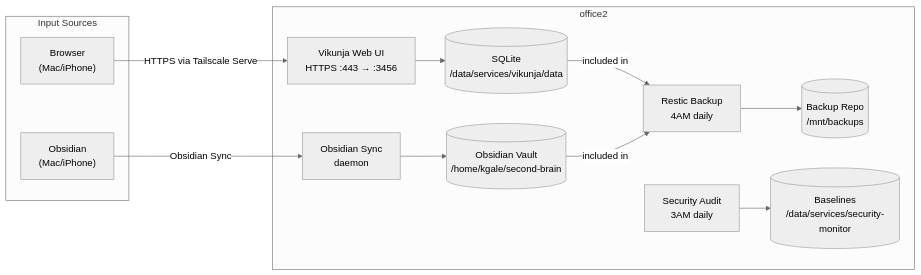
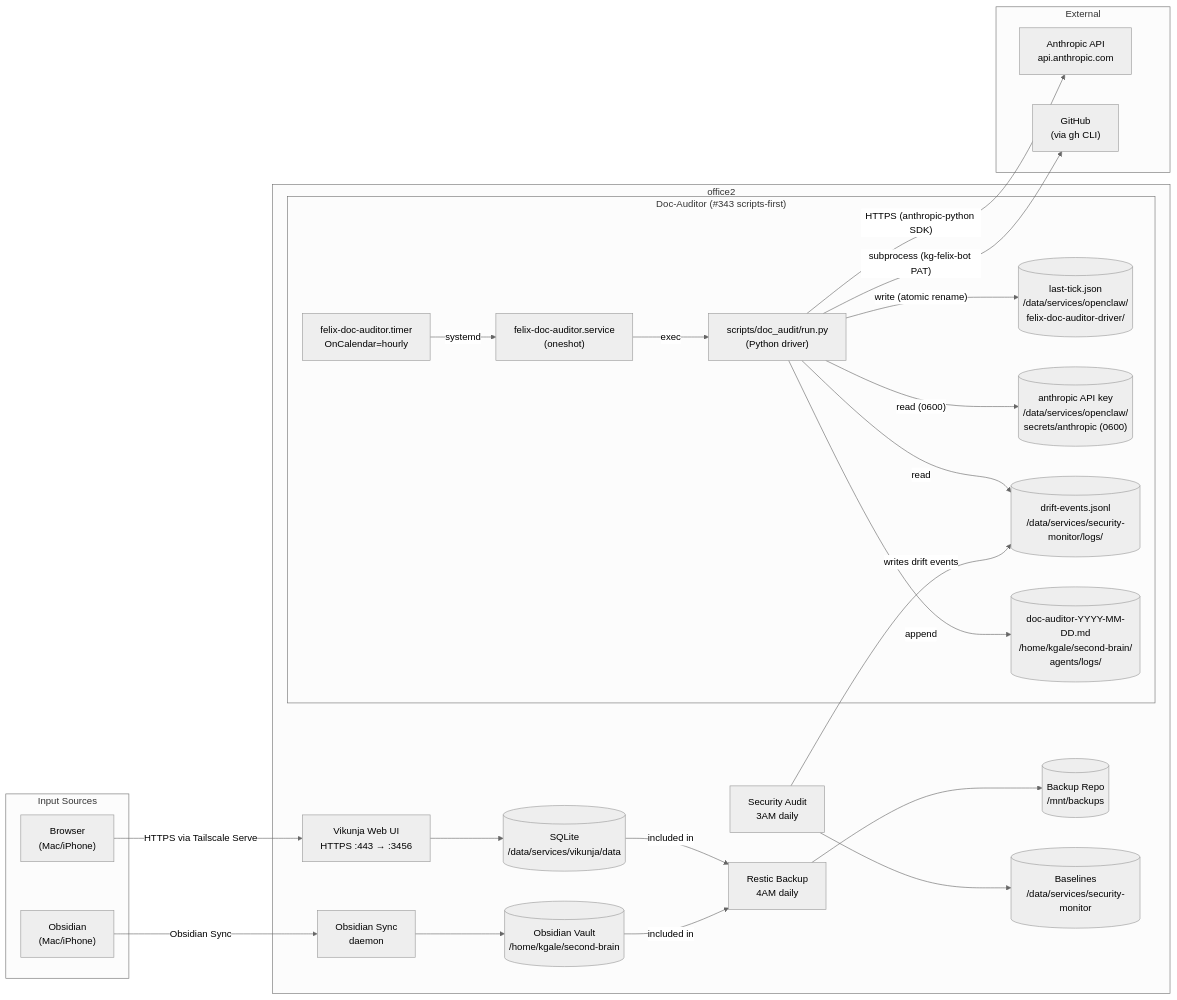
The diagram in docs/design/architecture/data-flows.view.md (kentonium3/kg-automation), drawn with Mermaid (neutral theme) before and after one commit. The commit also changed other lines of this file and 97 other files, not shown here.

Commit message:
feat(kitty/mission-refactor-doc-auditor-to-scripts-first-driver-01KS2XNX): squash merge of mission

````diff
--- a/docs/design/architecture/data-flows.view.md
+++ b/docs/design/architecture/data-flows.view.md
@@ -15,28 +15,53 @@
 ```mermaid
 %% source: docs/design/architecture/data-flows.mmd
 graph LR
     subgraph inputs["Input Sources"]
         browser["Browser<br/>(Mac/iPhone)"]
         obsidian_app["Obsidian<br/>(Mac/iPhone)"]
     end
 
     subgraph office2["office2"]
         vikunja_ui["Vikunja Web UI<br/>HTTPS :443 → :3456"]
         vikunja_db[("SQLite<br/>/data/services/vikunja/data")]
         ob_sync["Obsidian Sync<br/>daemon"]
         vault[("Obsidian Vault<br/>/home/kgale/second-brain")]
         restic["Restic Backup<br/>4AM daily"]
         backup_repo[("Backup Repo<br/>/mnt/backups")]
         audit["Security Audit<br/>3AM daily"]
         baselines[("Baselines<br/>/data/services/security-monitor")]
+
+        subgraph doc_audit["Doc-Auditor (#343 scripts-first)"]
+            timer["felix-doc-auditor.timer<br/>OnCalendar=hourly"]
+            service["felix-doc-auditor.service<br/>(oneshot)"]
+            driver["scripts/doc_audit/run.py<br/>(Python driver)"]
+            tick_signal[("last-tick.json<br/>/data/services/openclaw/<br/>felix-doc-auditor-driver/")]
+            anthropic_key[("anthropic API key<br/>/data/services/openclaw/<br/>secrets/anthropic (0600)")]
+            drift_events[("drift-events.jsonl<br/>/data/services/security-monitor/logs/")]
+            activity_log[("doc-auditor-YYYY-MM-DD.md<br/>/home/kgale/second-brain/<br/>agents/logs/")]
+        end
+    end
+
+    subgraph external["External"]
+        anthropic_api["Anthropic API<br/>api.anthropic.com"]
+        gh_api["GitHub<br/>(via gh CLI)"]
     end
 
     browser -->|"HTTPS via Tailscale Serve"| vikunja_ui
     vikunja_ui --> vikunja_db
     obsidian_app -->|"Obsidian Sync"| ob_sync
     ob_sync --> vault
     vikunja_db -->|"included in"| restic
     vault -->|"included in"| restic
     restic --> backup_repo
     audit --> baselines
+
+    timer -->|"systemd"| service
+    service -->|"exec"| driver
+    driver -->|"read (0600)"| anthropic_key
+    driver -->|"read"| drift_events
+    driver -->|"HTTPS (anthropic-python SDK)"| anthropic_api
+    driver -->|"subprocess (kg-felix-bot PAT)"| gh_api
+    driver -->|"append"| activity_log
+    driver -->|"write (atomic rename)"| tick_signal
+    audit -->|"writes drift events"| drift_events
 ```
````
